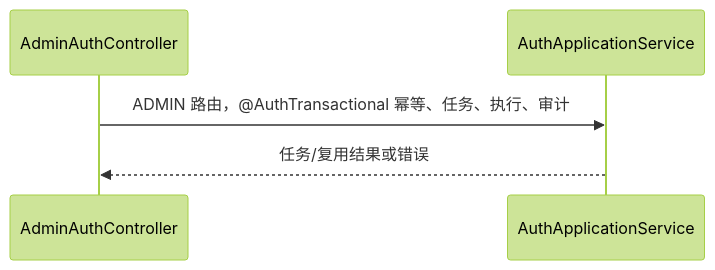
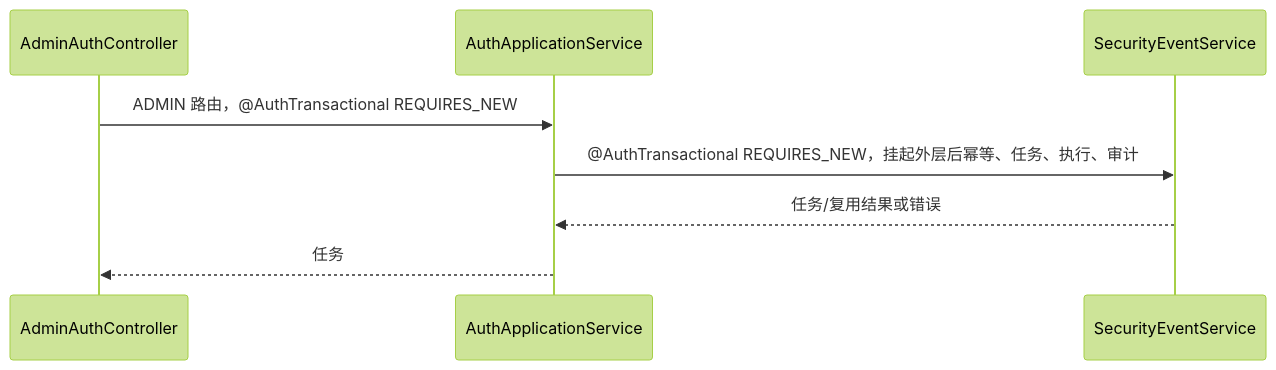
Diagram 14 of 33 in docs/requirements/operations.md (Kylinlixd/suno), drawn with Mermaid (forest theme) before and after one commit. The commit also changed other lines of this file and 2 other files, not shown here.

Commit message:
docs: clarify identity and operations transaction flows

````diff
--- a/docs/requirements/operations.md
+++ b/docs/requirements/operations.md
@@ -136,7 +151,10 @@
 ```mermaid
 sequenceDiagram
   participant C as AdminAuthController#createSecurityEventsExportTask
   participant A as AuthApplicationService#createSecurityExportTask
-  C->>A: ADMIN 路由，@AuthTransactional 幂等、任务、执行、审计
-  A-->>C: 任务/复用结果或错误
+  participant S as SecurityEventService#createSecurityExportTask
+  C->>A: ADMIN 路由，@AuthTransactional REQUIRES_NEW
+  A->>S: @AuthTransactional REQUIRES_NEW，挂起外层后幂等、任务、执行、审计
+  S-->>A: 任务/复用结果或错误
+  A-->>C: 任务
 ```
````
